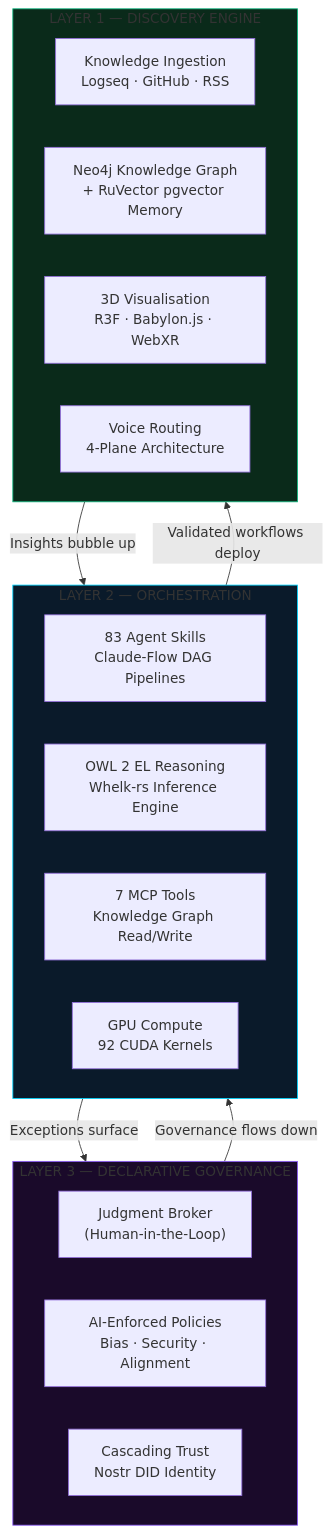
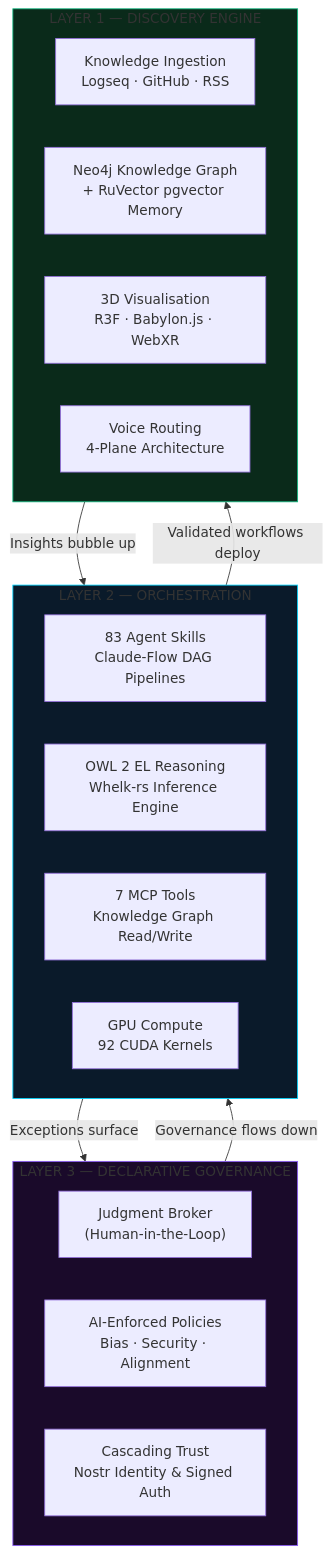
Before and after one commit to shaneholloman/logseq-spring-thing: the first of 5 diagrams in README.md, drawn with Mermaid. The commit also changed other lines of this file and 3 other files, not shown here.

````diff
--- a/README.md
+++ b/README.md
@@ -191,31 +209,31 @@
 ```mermaid
 flowchart TB
     subgraph Layer3["LAYER 3 — DECLARATIVE GOVERNANCE"]
         JB["Judgment Broker\n(Human-in-the-Loop)"]
         Policy["AI-Enforced Policies\nBias · Security · Alignment"]
-        Trust["Cascading Trust\nNostr DID Identity"]
+        Trust["Cascading Trust\nNostr Identity & Signed Auth"]
     end
 
     subgraph Layer2["LAYER 2 — ORCHESTRATION"]
         Skills["83 Agent Skills\nClaude-Flow DAG Pipelines"]
         Ontology["OWL 2 EL Reasoning\nWhelk-rs Inference Engine"]
         MCP["7 MCP Tools\nKnowledge Graph Read/Write"]
         GPU["GPU Compute\n92 CUDA Kernels"]
     end
 
     subgraph Layer1["LAYER 1 — DISCOVERY ENGINE"]
         Ingest["Knowledge Ingestion\nLogseq · GitHub · RSS"]
         Graph["Neo4j Knowledge Graph\n+ RuVector pgvector Memory"]
         Viz["3D Visualisation\nR3F · Babylon.js · WebXR"]
         Voice["Voice Routing\n4-Plane Architecture"]
     end
 
     Layer1 -->|"Insights bubble up"| Layer2
     Layer2 -->|"Exceptions surface"| Layer3
     Layer3 -->|"Governance flows down"| Layer2
     Layer2 -->|"Validated workflows deploy"| Layer1
 
     style Layer3 fill:#1A0A2A,stroke:#8B5CF6
     style Layer2 fill:#0A1A2A,stroke:#00D4FF
     style Layer1 fill:#0A2A1A,stroke:#10B981
 ```
````
